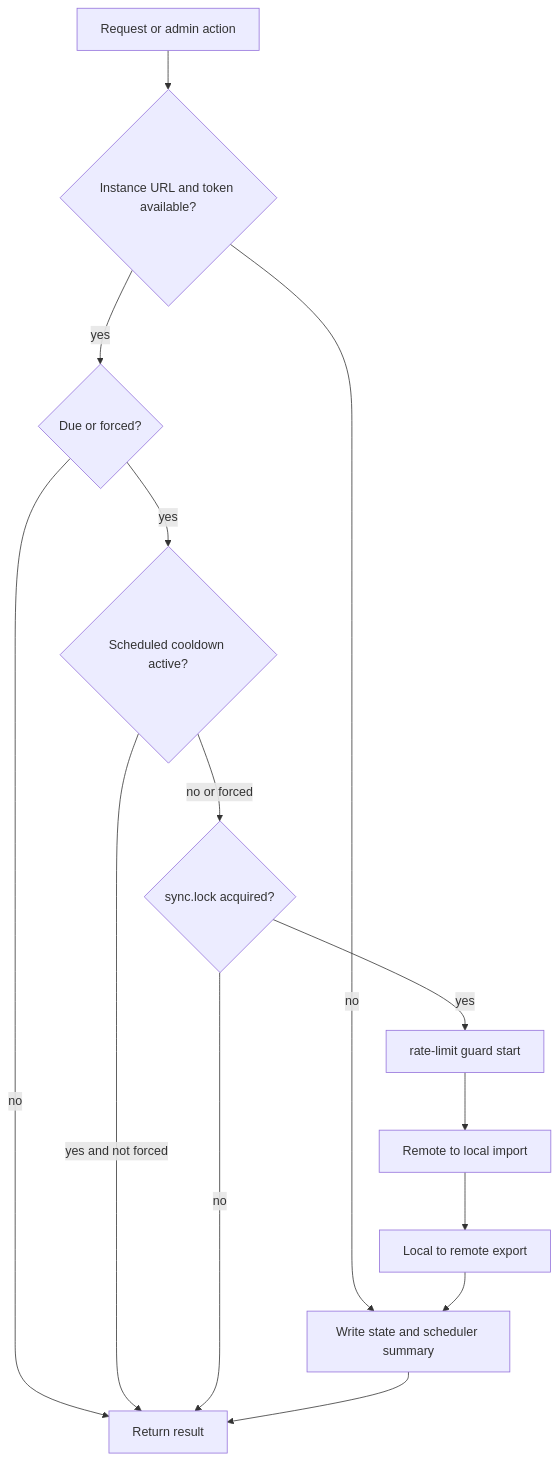
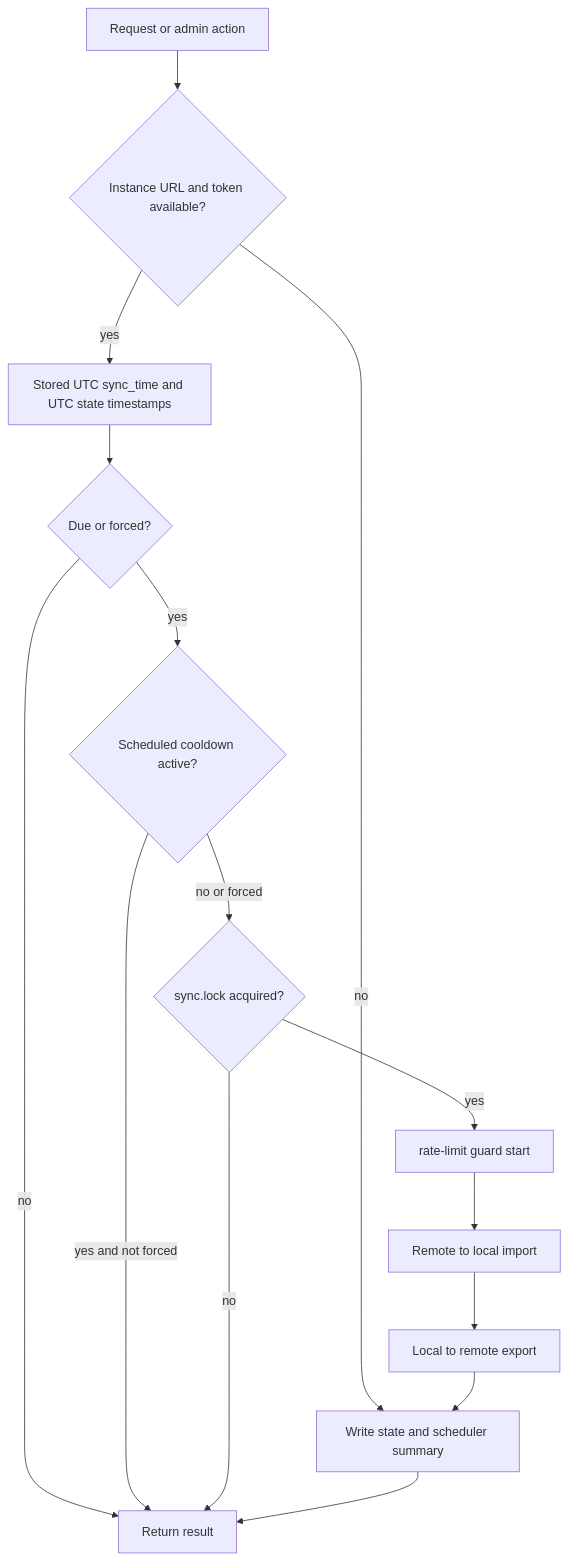
Before and after one commit to flatpressblog/flatpress: the second of 7 diagrams in fp-plugins/mastodon/developer-docs/01-Process-Map.md, drawn with Mermaid. The commit also changed other lines of this file and 6 other files, not shown here.

````diff
--- a/fp-plugins/mastodon/developer-docs/01-Process-Map.md
+++ b/fp-plugins/mastodon/developer-docs/01-Process-Map.md
@@ -66,27 +66,28 @@
 ```mermaid
 flowchart TD
     Start[Request or admin action]
     Config{Instance URL and token available?}
+    TimeBasis[Stored UTC sync_time and UTC state timestamps]
     Due{Due or forced?}
     Cooldown{Scheduled cooldown active?}
     Lock{sync.lock acquired?}
     Guard[rate-limit guard start]
     Remote[Remote to local import]
     Local[Local to remote export]
     Write[Write state and scheduler summary]
     Stop[Return result]
 
     Start --> Config
     Config -- no --> Write
-    Config -- yes --> Due
+    Config -- yes --> TimeBasis --> Due
     Due -- no --> Stop
     Due -- yes --> Cooldown
     Cooldown -- yes and not forced --> Stop
     Cooldown -- no or forced --> Lock
     Lock -- no --> Stop
     Lock -- yes --> Guard
     Guard --> Remote
     Remote --> Local
     Local --> Write
     Write --> Stop
 ```
````
